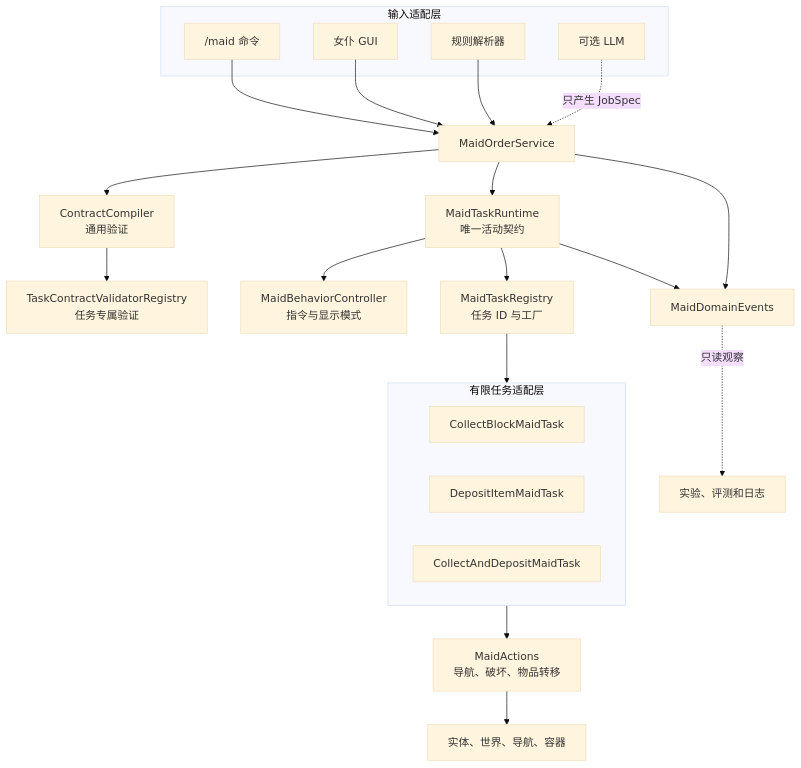
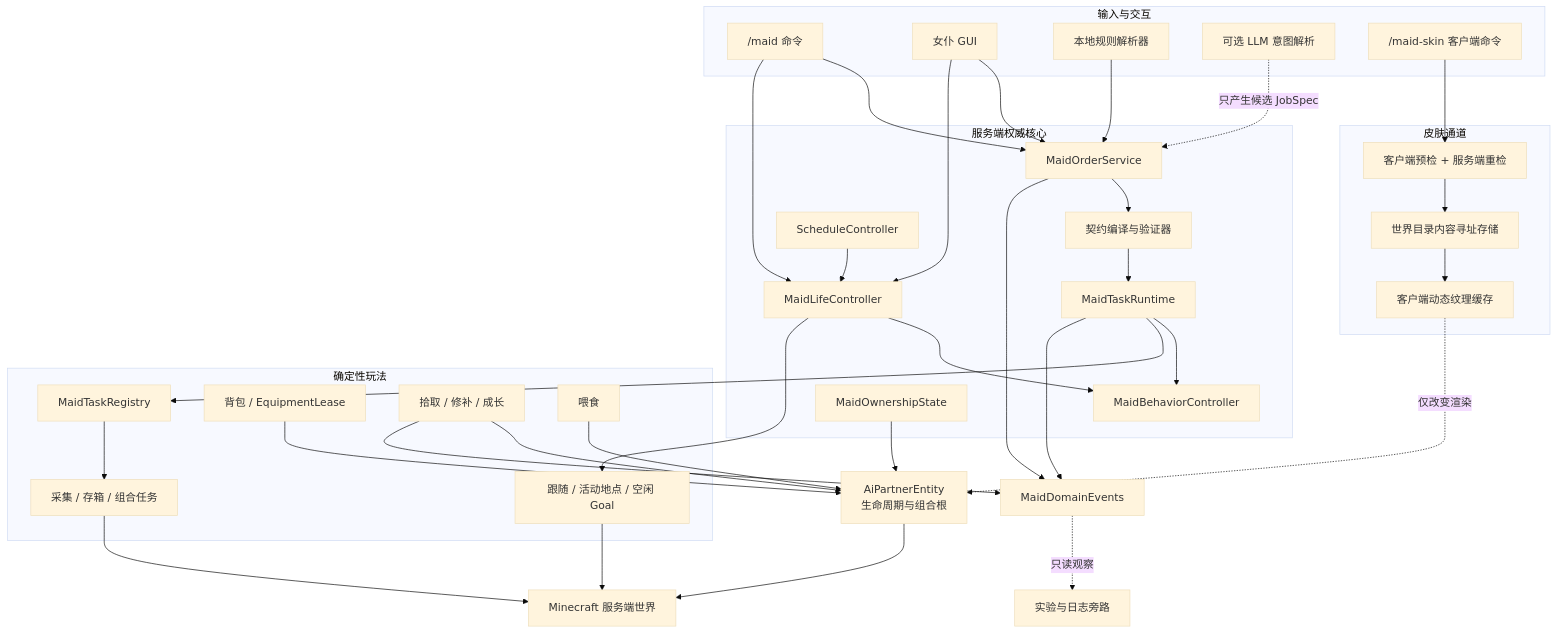
The first of 6 diagrams in docs/ARCHITECTURE.md (ozozorz/ai-partner), drawn with Mermaid (base theme) before and after one commit. The commit also changed other lines of this file and 59 other files, not shown here.

````diff
--- a/docs/ARCHITECTURE.md
+++ b/docs/ARCHITECTURE.md
@@ -52,43 +23,68 @@
-~~~mermaid
+```mermaid
 flowchart TB
-    subgraph Input["输入适配层"]
+    subgraph Input["输入与交互"]
         Command["/maid 命令"]
         Menu["女仆 GUI"]
-        Parser["规则解析器"]
-        LLM["可选 LLM"]
+        LocalParser["本地规则解析器"]
+        LLM["可选 LLM 意图解析"]
+        SkinCommand["/maid-skin 客户端命令"]
     end
 
-    Order["MaidOrderService"]
-    Compiler["ContractCompiler<br/>通用验证"]
-    Validators["TaskContractValidatorRegistry<br/>任务专属验证"]
-    Runtime["MaidTaskRuntime<br/>唯一活动契约"]
-    Behavior["MaidBehaviorController<br/>指令与显示模式"]
-    Tasks["MaidTaskRegistry<br/>任务 ID 与工厂"]
-
-    subgraph Gameplay["有限任务适配层"]
-        Collect["CollectBlockMaidTask"]
-        Deposit["DepositItemMaidTask"]
-        Composite["CollectAndDepositMaidTask"]
+    subgraph Core["服务端权威核心"]
+        Order["MaidOrderService"]
+        Contract["契约编译与验证器"]
+        Runtime["MaidTaskRuntime"]
+        Behavior["MaidBehaviorController"]
+        Schedule["ScheduleController"]
+        Life["MaidLifeController"]
+        Ownership["MaidOwnershipState"]
     end
 
-    Actions["MaidActions<br/>导航、破坏、物品转移"]
-    Minecraft["实体、世界、导航、容器"]
+    subgraph Gameplay["确定性玩法"]
+        TaskRegistry["MaidTaskRegistry"]
+        Tasks["采集 / 存箱 / 组合任务"]
+        Goals["跟随 / 活动地点 / 空闲 Goal"]
+        Inventory["背包 / EquipmentLease"]
+        Pickup["拾取 / 修补 / 成长"]
+        Feeding["喂食"]
+    end
+
+    subgraph Skin["皮肤通道"]
+        Validate["客户端预检 + 服务端重检"]
+        Store["世界目录内容寻址存储"]
+        Texture["客户端动态纹理缓存"]
+    end
+
+    Entity["AiPartnerEntity\n生命周期与组合根"]
+    World["Minecraft 服务端世界"]
     Events["MaidDomainEvents"]
-    Research["实验、评测和日志"]
+    Research["实验与日志旁路"]
 
     Command --> Order
     Menu --> Order
-    Parser --> Order
-    LLM -. "只产生 JobSpec" .-> Order
-    Order --> Compiler
-    Compiler --> Validators
-    Order --> Runtime
+    LocalParser --> Order
+    LLM -. "只产生候选 JobSpec" .-> Order
+    Order --> Contract --> Runtime
     Runtime --> Behavior
-    Runtime --> Tasks
-    Tasks --> Gameplay
-    Gameplay --> Actions
-    Actions --> Minecraft
+    Runtime --> TaskRegistry --> Tasks
+    Menu --> Life
+    Command --> Life
+    Schedule --> Life --> Behavior
+    Life --> Goals
+    Ownership --> Entity
+    Inventory --> Entity
+    Pickup --> Entity
+    Feeding --> Entity
+    Entity --> World
+    Goals --> World
+    Tasks --> World
+
+    SkinCommand --> Validate --> Store
+    Store --> Texture
+    Texture -. "仅改变渲染" .-> Entity
+
     Runtime --> Events
     Order --> Events
+    Pickup --> Events
     Events -. "只读观察" .-> Research
-~~~
+```
````
